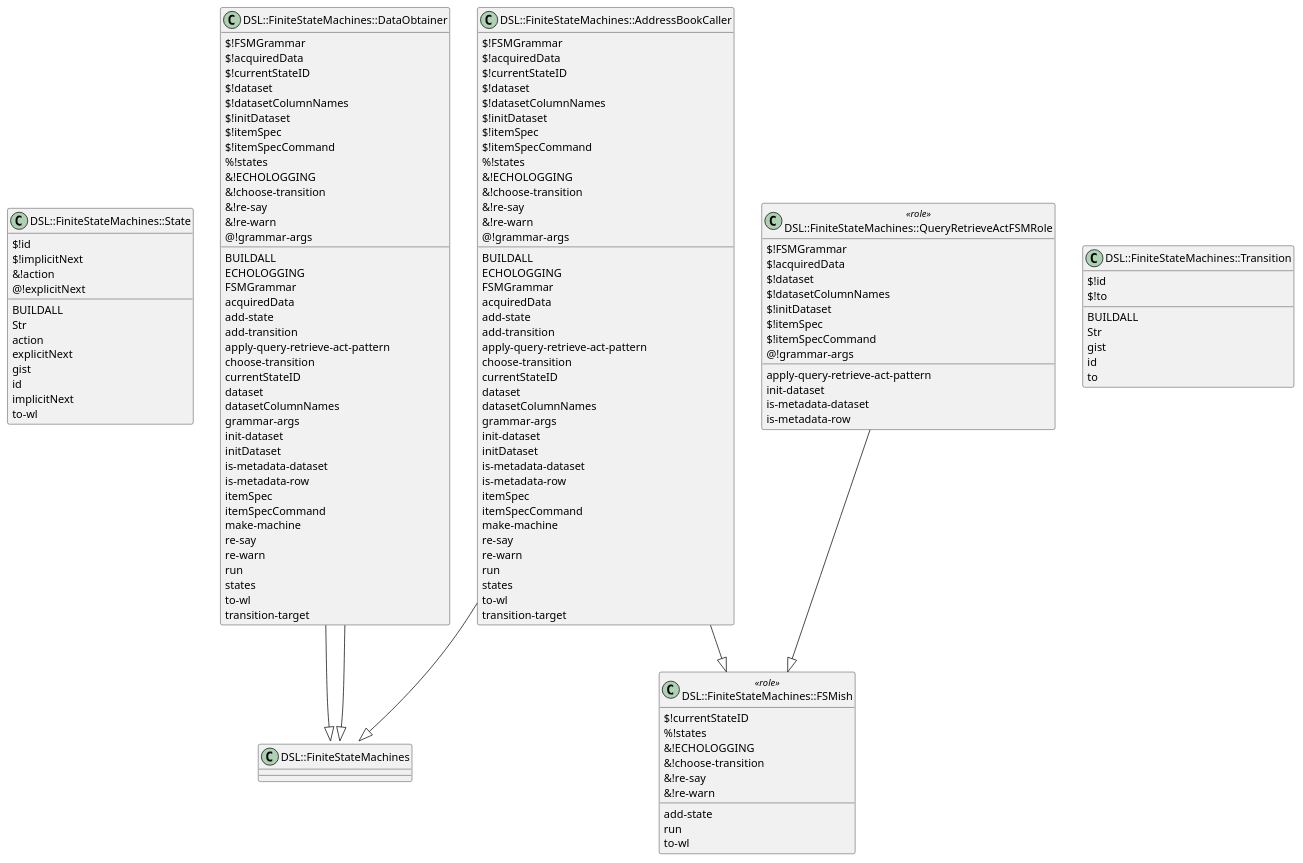
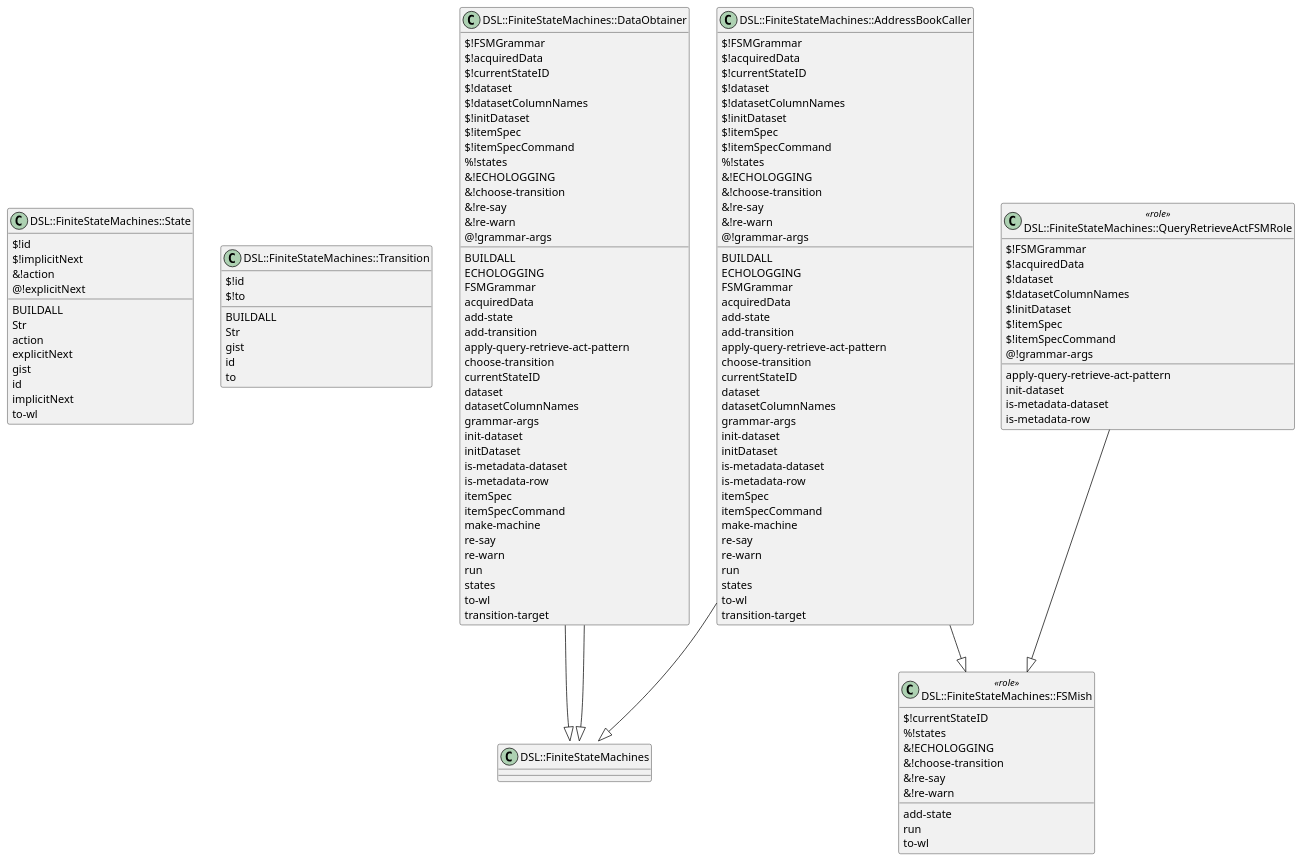
One commit to antononcube/Raku-DSL-FiniteStateMachines changed the diagram in docs/UML-class-diagram.puml. Above: the diagram before and after it, drawn with PlantUML. The commit also changed 2 other files, not shown here.

Commit message:
docs:Better looking UML spec and diagrams.

```diff
--- a/docs/UML-class-diagram.puml
+++ b/docs/UML-class-diagram.puml
@@ -1,149 +1,147 @@
 @startuml
 class DSL::FiniteStateMachines::State  {
   {field} $!id
   {field} $!implicitNext
   {field} &!action
   {field} @!explicitNext
   {method} BUILDALL
   {method} Str
   {method} action
   {method} explicitNext
   {method} gist
   {method} id
   {method} implicitNext
   {method} to-wl
 }
 
+class DSL::FiniteStateMachines::Transition  {
+  {field} $!id
+  {field} $!to
+  {method} BUILDALL
+  {method} Str
+  {method} gist
+  {method} id
+  {method} to
+}
 
 class DSL::FiniteStateMachines::DataObtainer  {
   {field} $!FSMGrammar
   {field} $!acquiredData
   {field} $!currentStateID
   {field} $!dataset
   {field} $!datasetColumnNames
   {field} $!initDataset
   {field} $!itemSpec
   {field} $!itemSpecCommand
   {field} %!states
   {field} &!ECHOLOGGING
   {field} &!choose-transition
   {field} &!re-say
   {field} &!re-warn
   {field} @!grammar-args
   {method} BUILDALL
   {method} ECHOLOGGING
   {method} FSMGrammar
   {method} acquiredData
   {method} add-state
   {method} add-transition
   {method} apply-query-retrieve-act-pattern
   {method} choose-transition
   {method} currentStateID
   {method} dataset
   {method} datasetColumnNames
   {method} grammar-args
   {method} init-dataset
   {method} initDataset
   {method} is-metadata-dataset
   {method} is-metadata-row
   {method} itemSpec
   {method} itemSpecCommand
   {method} make-machine
   {method} re-say
   {method} re-warn
   {method} run
   {method} states
   {method} to-wl
   {method} transition-target
 }
 DSL::FiniteStateMachines::DataObtainer --|> DSL::FiniteStateMachines::FSMish
 DSL::FiniteStateMachines::DataObtainer --|> DSL::FiniteStateMachines::QueryRetrieveActFSMRole
 
 
 class DSL::FiniteStateMachines::FSMish <<role>> {
   {field} $!currentStateID
   {field} %!states
   {field} &!ECHOLOGGING
   {field} &!choose-transition
   {field} &!re-say
   {field} &!re-warn
   {method} add-state
   {method} run
   {method} to-wl
 }
 
 
 class DSL::FiniteStateMachines::AddressBookCaller  {
   {field} $!FSMGrammar
   {field} $!acquiredData
   {field} $!currentStateID
   {field} $!dataset
   {field} $!datasetColumnNames
   {field} $!initDataset
   {field} $!itemSpec
   {field} $!itemSpecCommand
   {field} %!states
   {field} &!ECHOLOGGING
   {field} &!choose-transition
   {field} &!re-say
   {field} &!re-warn
   {field} @!grammar-args
   {method} BUILDALL
   {method} ECHOLOGGING
   {method} FSMGrammar
   {method} acquiredData
   {method} add-state
   {method} add-transition
   {method} apply-query-retrieve-act-pattern
   {method} choose-transition
   {method} currentStateID
   {method} dataset
   {method} datasetColumnNames
   {method} grammar-args
   {method} init-dataset
   {method} initDataset
   {method} is-metadata-dataset
   {method} is-metadata-row
   {method} itemSpec
   {method} itemSpecCommand
   {method} make-machine
   {method} re-say
   {method} re-warn
   {method} run
   {method} states
   {method} to-wl
   {method} transition-target
 }
 DSL::FiniteStateMachines::AddressBookCaller --|> DSL::FiniteStateMachines::FSMish
 DSL::FiniteStateMachines::AddressBookCaller --|> DSL::FiniteStateMachines::QueryRetrieveActFSMRole
 
 
 class DSL::FiniteStateMachines::QueryRetrieveActFSMRole <<role>> {
   {field} $!FSMGrammar
   {field} $!acquiredData
   {field} $!dataset
   {field} $!datasetColumnNames
   {field} $!initDataset
   {field} $!itemSpec
   {field} $!itemSpecCommand
   {field} @!grammar-args
   {method} apply-query-retrieve-act-pattern
   {method} init-dataset
   {method} is-metadata-dataset
   {method} is-metadata-row
 }
 DSL::FiniteStateMachines::QueryRetrieveActFSMRole --|> DSL::FiniteStateMachines::FSMish
 
 
-class DSL::FiniteStateMachines::Transition  {
-  {field} $!id
-  {field} $!to
-  {method} BUILDALL
-  {method} Str
-  {method} gist
-  {method} id
-  {method} to
-}
-
-
 @enduml
```
